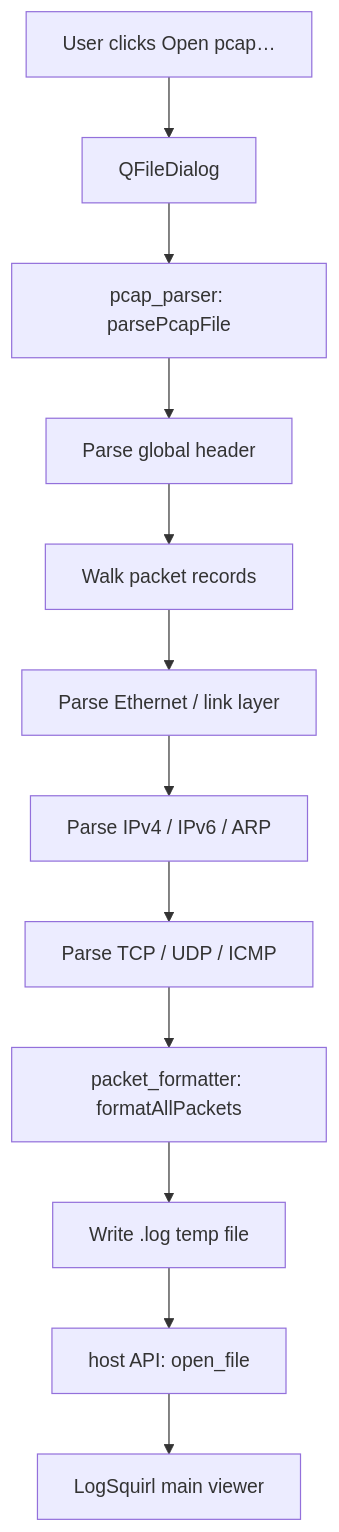
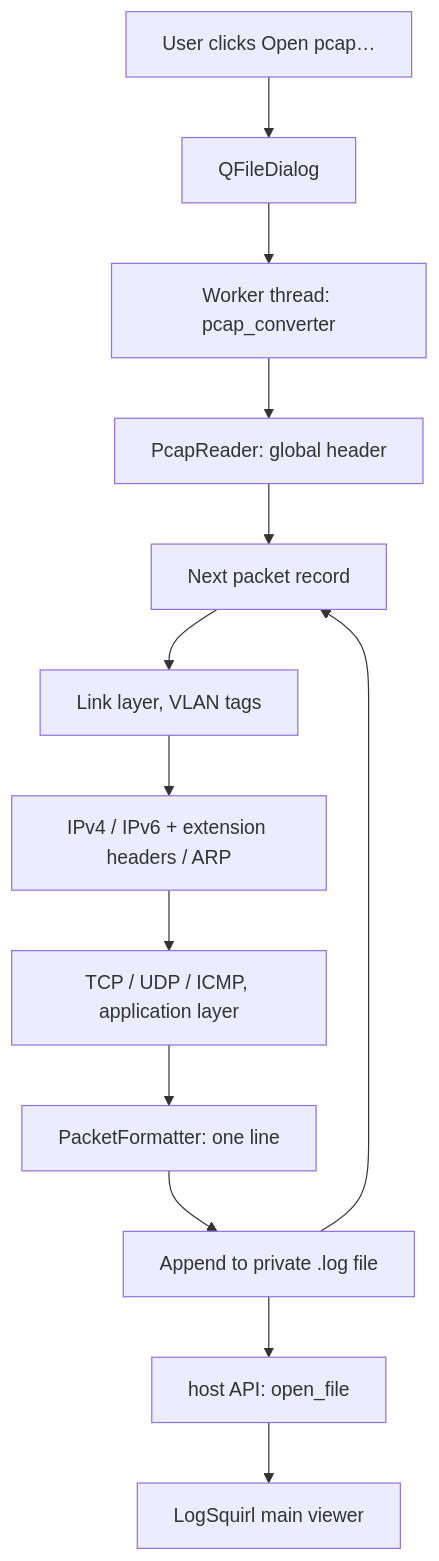
The diagram in README.md (64x-lunicorn/LogSquirl-tcpdump), drawn with Mermaid before and after one commit. The commit also changed other lines of this file and 2 other files, not shown here.

Commit message:
Describe the parser, conversion and temp-file changes
The changelog lists everything users will notice under Unreleased: the
SOCKS descriptions, nanosecond captures, progress and Cancel, the new
payload preview and temporary files, and the fixes for large captures,
loopback byte order, fragments, extension headers and the rest. README
and developer guide describe the streaming reader, the worker thread,
the private temporary files and the test corpus.

````diff
--- a/README.md
+++ b/README.md
@@ -143,14 +146,15 @@
 ```mermaid
 graph TD
     A[User clicks Open pcap…] --> B[QFileDialog]
-    B --> C[pcap_parser: parsePcapFile]
-    C --> D[Parse global header]
-    D --> E[Walk packet records]
-    E --> F[Parse Ethernet / link layer]
-    F --> G[Parse IPv4 / IPv6 / ARP]
-    G --> H[Parse TCP / UDP / ICMP]
-    H --> I[packet_formatter: formatAllPackets]
-    I --> J[Write .log temp file]
+    B --> C[Worker thread: pcap_converter]
+    C --> D[PcapReader: global header]
+    D --> E[Next packet record]
+    E --> F[Link layer, VLAN tags]
+    F --> G[IPv4 / IPv6 + extension headers / ARP]
+    G --> H[TCP / UDP / ICMP, application layer]
+    H --> I[PacketFormatter: one line]
+    I --> J[Append to private .log file]
+    J --> E
     J --> K[host API: open_file]
     K --> L[LogSquirl main viewer]
 ```
````
